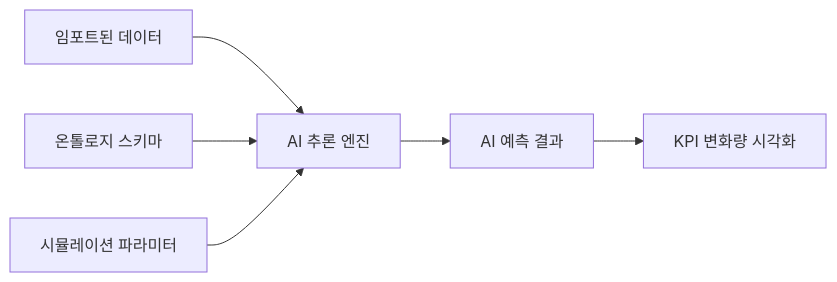
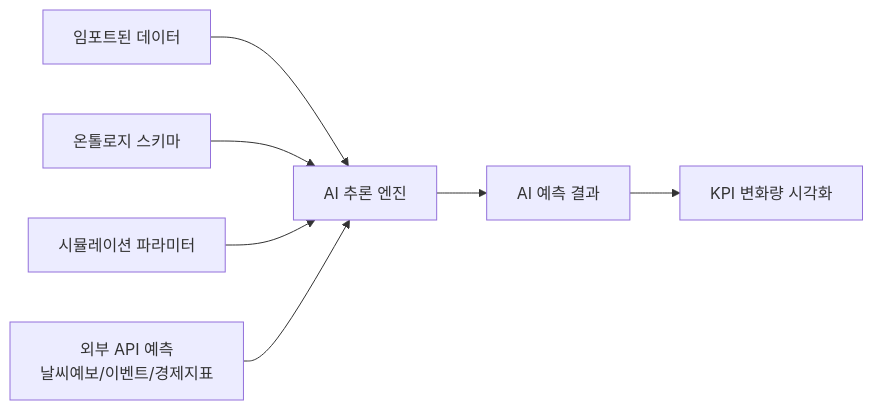
One commit to sungshincho/Customer_Dashboard changed the third of 5 diagrams in PROPOSED_IA_ARCHITECTURE.md. Above: the diagram before and after it, drawn with Mermaid. The commit also changed other lines of this file, not shown here.

````diff
--- a/PROPOSED_IA_ARCHITECTURE.md
+++ b/PROPOSED_IA_ARCHITECTURE.md
@@ -64,8 +98,9 @@
 ```mermaid
 graph LR
     A[임포트된 데이터] --> D[AI 추론 엔진]
     B[온톨로지 스키마] --> D
     C[시뮬레이션 파라미터] --> D
-    D --> E[AI 예측 결과]
-    E --> F[KPI 변화량 시각화]
+    E[외부 API 예측<br/>날씨예보/이벤트/경제지표] --> D
+    D --> F[AI 예측 결과]
+    F --> G[KPI 변화량 시각화]
 ```
````
